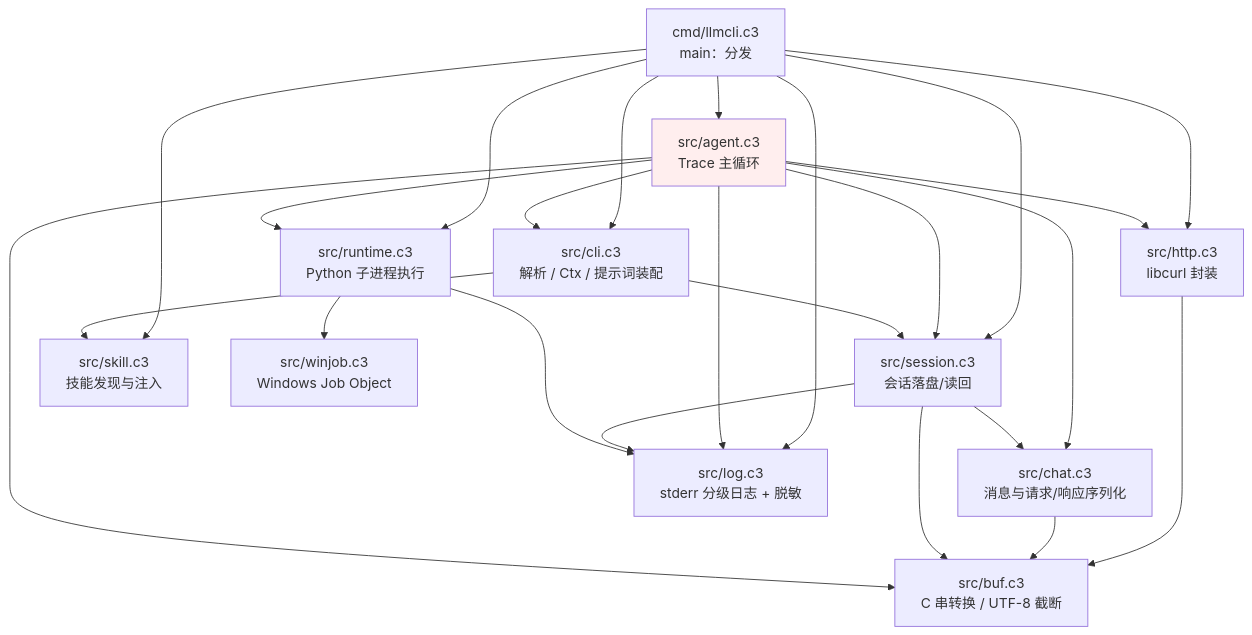
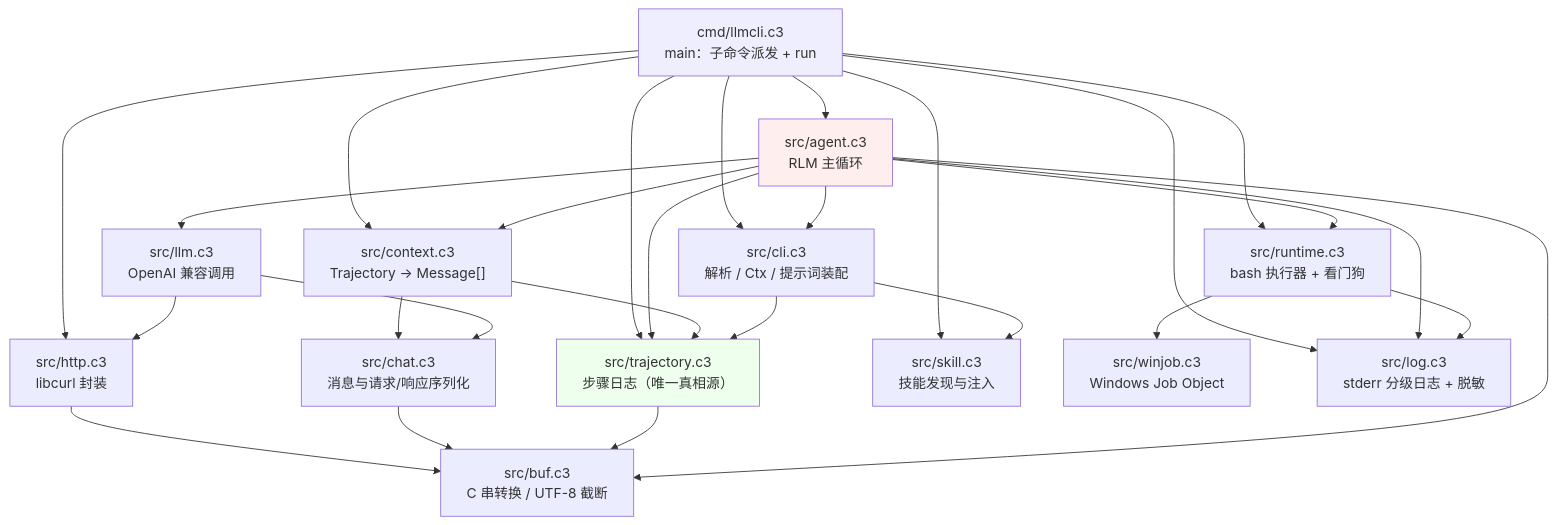
One commit to yuekcc/mp-next changed the first of 2 diagrams in docs/arch.md. Above: the diagram before and after it, drawn with Mermaid. The commit also changed other lines of this file and 25 other files, not shown here.

Commit message:
实现 RLM 引擎：trajectory/context/llm 模块、bash 执行器与子 run

````diff
--- a/docs/arch.md
+++ b/docs/arch.md
@@ -37,46 +39,52 @@
 ```mermaid
 graph TD
-  MAIN["cmd/llmcli.c3<br/>main：分发"]
+  MAIN["cmd/llmcli.c3<br/>main：子命令派发 + run"]
   CLI["src/cli.c3<br/>解析 / Ctx / 提示词装配"]
-  AGENT["src/agent.c3<br/>Trace 主循环"]
+  AGENT["src/agent.c3<br/>RLM 主循环"]
+  CTX["src/context.c3<br/>Trajectory -> Message[]"]
+  TRAJ["src/trajectory.c3<br/>步骤日志（唯一真相源）"]
+  LLM["src/llm.c3<br/>OpenAI 兼容调用"]
   CHAT["src/chat.c3<br/>消息与请求/响应序列化"]
   HTTP["src/http.c3<br/>libcurl 封装"]
-  RT["src/runtime.c3<br/>Python 子进程执行"]
-  SESS["src/session.c3<br/>会话落盘/读回"]
+  RT["src/runtime.c3<br/>bash 执行器 + 看门狗"]
   SKILL["src/skill.c3<br/>技能发现与注入"]
   WINJOB["src/winjob.c3<br/>Windows Job Object"]
   LOG["src/log.c3<br/>stderr 分级日志 + 脱敏"]
   BUF["src/buf.c3<br/>C 串转换 / UTF-8 截断"]
 
   MAIN --> CLI
   MAIN --> AGENT
-  MAIN --> SESS
+  MAIN --> CTX
+  MAIN --> TRAJ
   MAIN --> SKILL
   MAIN --> LOG
   MAIN --> HTTP
   MAIN --> RT
 
-  AGENT --> CHAT
-  AGENT --> HTTP
+  AGENT --> CTX
+  AGENT --> TRAJ
+  AGENT --> LLM
   AGENT --> RT
-  AGENT --> SESS
   AGENT --> CLI
   AGENT --> LOG
 
-  CLI --> SESS
+  CTX --> TRAJ
+  CTX --> CHAT
+  LLM --> CHAT
+  LLM --> HTTP
+
+  CLI --> TRAJ
   CLI --> SKILL
-
-  SESS --> CHAT
-  SESS --> LOG
 
   RT --> WINJOB
   RT --> LOG
 
   HTTP --> BUF
   CHAT --> BUF
-  SESS --> BUF
+  TRAJ --> BUF
   AGENT --> BUF
 
   style MAIN fill:#eef
   style AGENT fill:#fee
+  style TRAJ fill:#efe
 ```
````
